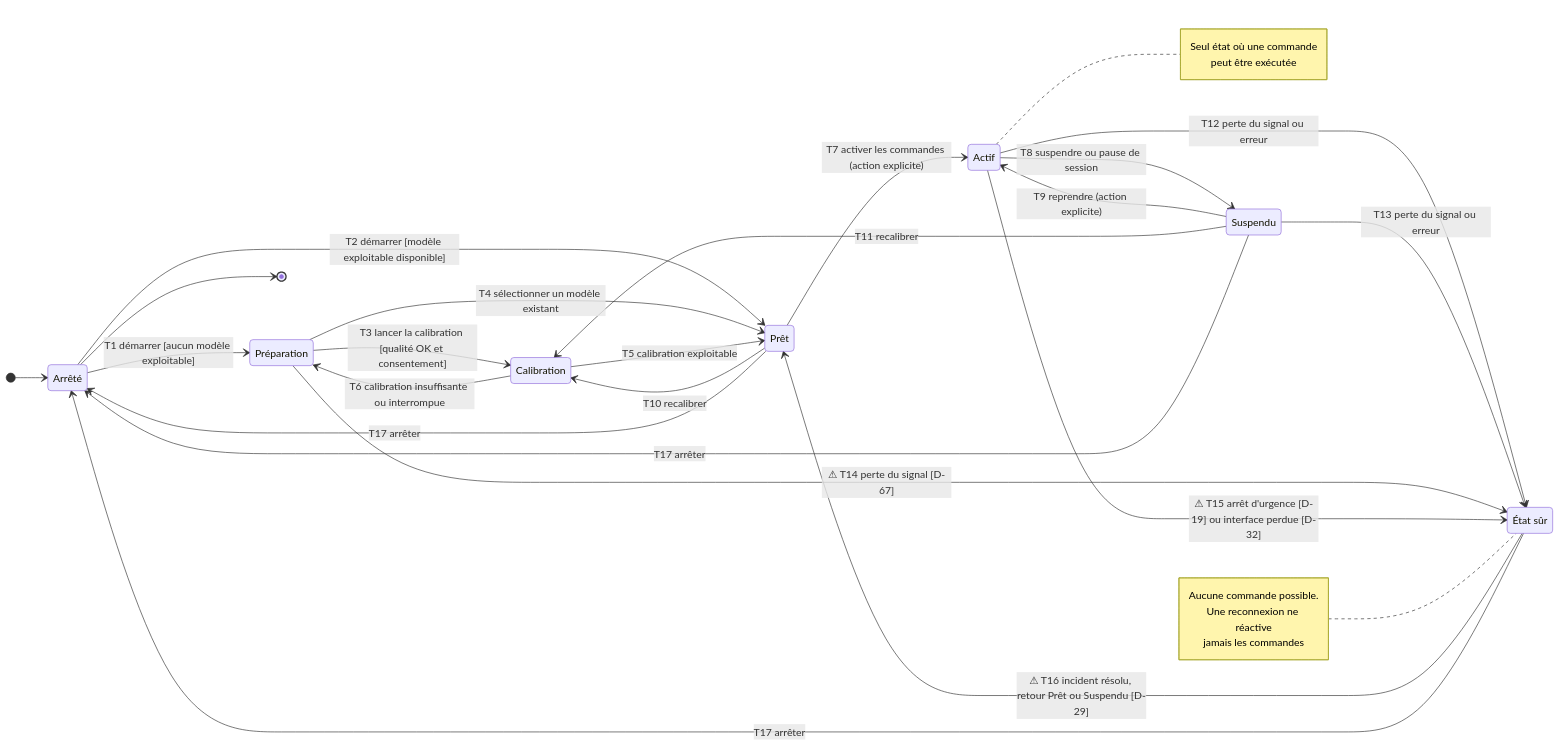
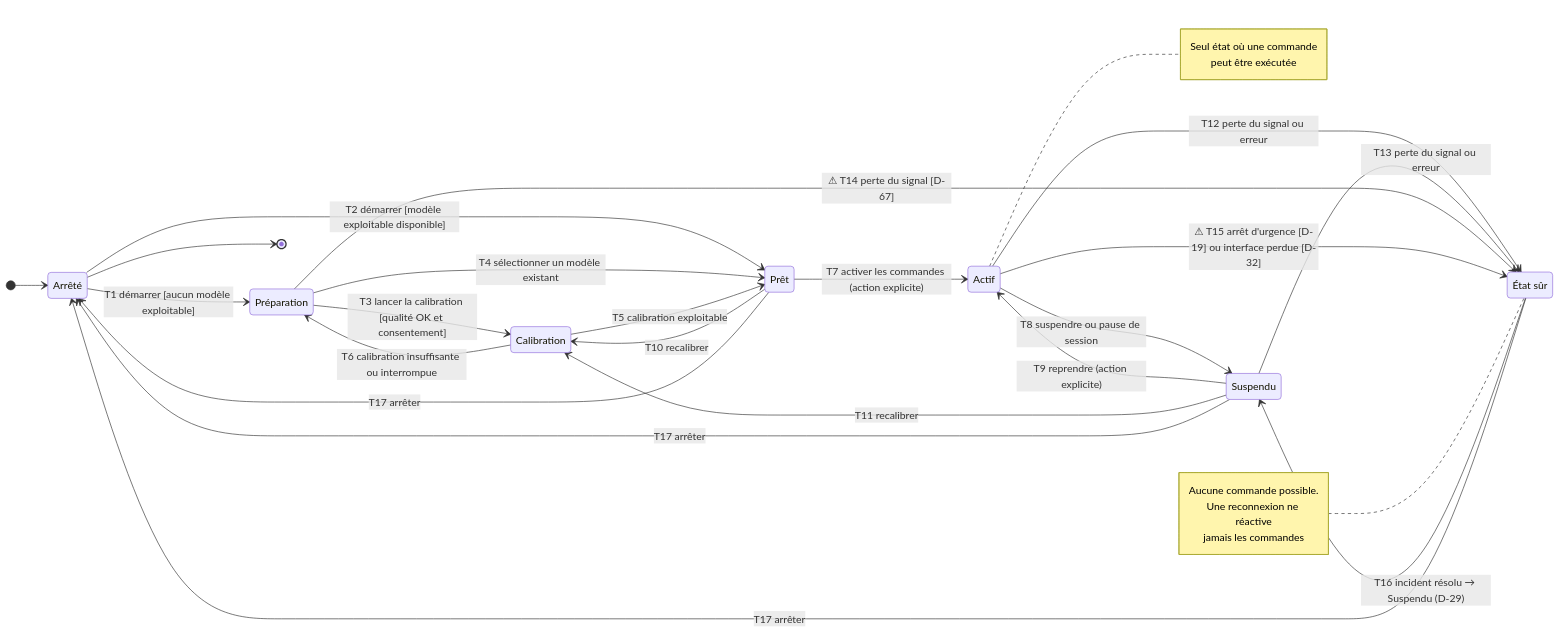
Before and after one commit to eloge9/CortexOS-IA: the first of 5 diagrams in docs/diagrammes/diag-05-etats-transitions.md, drawn with Mermaid. The commit also changed other lines of this file and 17 other files, not shown here.

````diff
--- a/docs/diagrammes/diag-05-etats-transitions.md
+++ b/docs/diagrammes/diag-05-etats-transitions.md
@@ -45,43 +45,43 @@
 ```mermaid
 stateDiagram-v2
     direction LR
     state "Arrêté" as Arrete
     state "Préparation" as Preparation
     state "Calibration" as Calibration
     state "Prêt" as Pret
     state "Actif" as Actif
     state "Suspendu" as Suspendu
     state "État sûr" as EtatSur
 
     [*] --> Arrete
     Arrete --> Preparation : T1 démarrer [aucun modèle exploitable]
     Arrete --> Pret : T2 démarrer [modèle exploitable disponible]
     Preparation --> Calibration : T3 lancer la calibration [qualité OK et consentement]
     Preparation --> Pret : T4 sélectionner un modèle existant
     Calibration --> Pret : T5 calibration exploitable
     Calibration --> Preparation : T6 calibration insuffisante ou interrompue
     Pret --> Actif : T7 activer les commandes (action explicite)
     Actif --> Suspendu : T8 suspendre ou pause de session
     Suspendu --> Actif : T9 reprendre (action explicite)
     Pret --> Calibration : T10 recalibrer
     Suspendu --> Calibration : T11 recalibrer
     Actif --> EtatSur : T12 perte du signal ou erreur
     Suspendu --> EtatSur : T13 perte du signal ou erreur
     Preparation --> EtatSur : ⚠ T14 perte du signal [D-67]
     Actif --> EtatSur : ⚠ T15 arrêt d'urgence [D-19] ou interface perdue [D-32]
-    EtatSur --> Pret : ⚠ T16 incident résolu, retour Prêt ou Suspendu [D-29]
+    EtatSur --> Suspendu : T16 incident résolu → Suspendu (D-29)
     Pret --> Arrete : T17 arrêter
     Suspendu --> Arrete : T17 arrêter
     EtatSur --> Arrete : T17 arrêter
     Arrete --> [*]
 
     note right of Actif
         Seul état où une commande
         peut être exécutée
     end note
     note left of EtatSur
         Aucune commande possible.
         Une reconnexion ne réactive
         jamais les commandes
     end note
 ```
````
